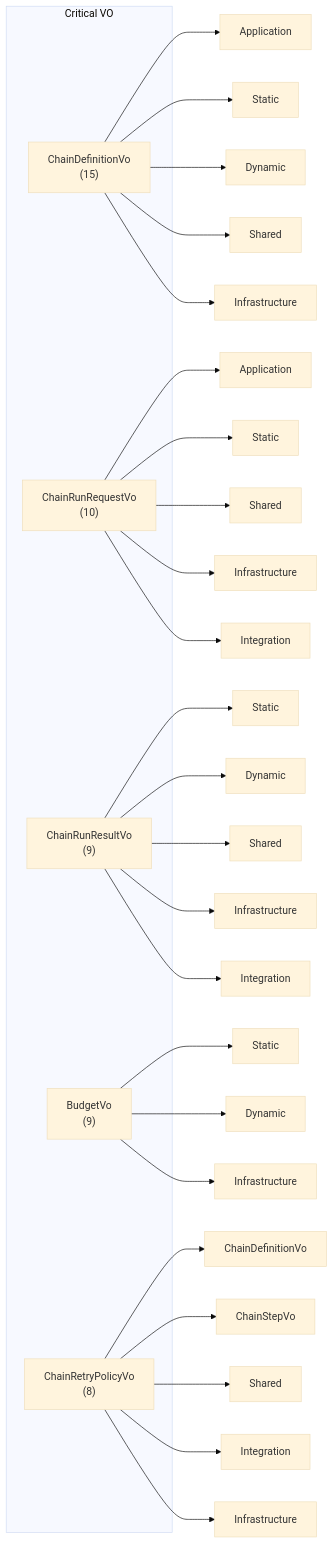
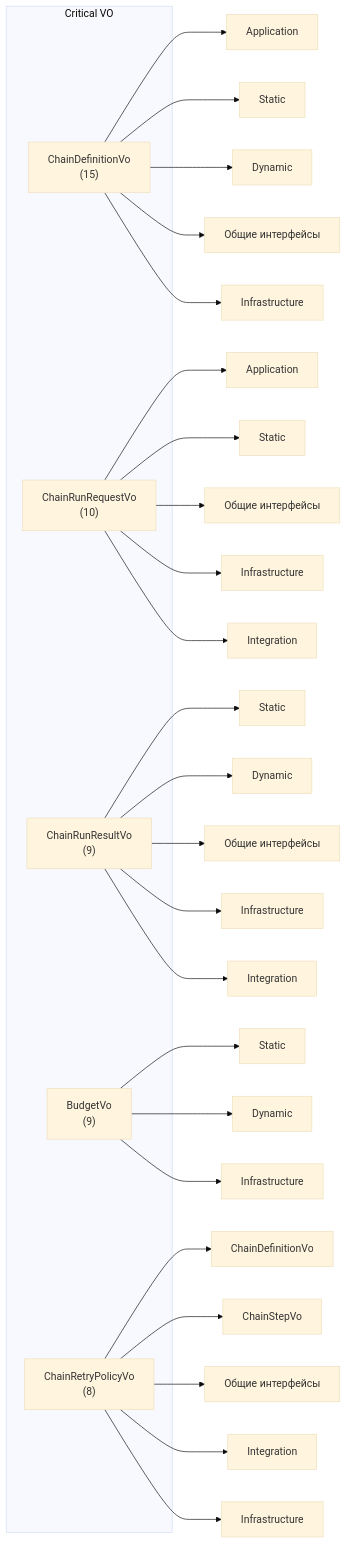
One commit to prikotov/task-orchestrator changed the second of 2 diagrams in docs/releases/domain-inventory-orchestrator.md. Above: the diagram before and after it, drawn with Mermaid (base theme). The commit also changed other lines of this file and 18 other files, not shown here.

````diff
--- a/docs/releases/domain-inventory-orchestrator.md
+++ b/docs/releases/domain-inventory-orchestrator.md
@@ -362,38 +362,38 @@
 ```mermaid
 graph LR
     subgraph Critical VO
         CD["ChainDefinitionVo<br/>(15)"]
         CRQ["ChainRunRequestVo<br/>(10)"]
         CRR["ChainRunResultVo<br/>(9)"]
         BV["BudgetVo<br/>(9)"]
         CRP["ChainRetryPolicyVo<br/>(8)"]
     end
 
     CD --> APP1["Application"]
     CD --> STATIC1["Static"]
     CD --> DYNAMIC1["Dynamic"]
-    CD --> SHARED1["Shared"]
+    CD --> X1["Общие интерфейсы"]
     CD --> INFRA1["Infrastructure"]
 
     CRQ --> APP2["Application"]
     CRQ --> STATIC2["Static"]
-    CRQ --> SHARED2["Shared"]
+    CRQ --> X2["Общие интерфейсы"]
     CRQ --> INFRA2["Infrastructure"]
     CRQ --> INT2["Integration"]
 
     CRR --> STATIC3["Static"]
     CRR --> DYNAMIC3["Dynamic"]
-    CRR --> SHARED3["Shared"]
+    CRR --> X3["Общие интерфейсы"]
     CRR --> INFRA3["Infrastructure"]
     CRR --> INT3["Integration"]
 
     BV --> STATIC4["Static"]
     BV --> DYNAMIC4["Dynamic"]
     BV --> INFRA4["Infrastructure"]
 
     CRP --> VO4["ChainDefinitionVo"]
     CRP --> VO5["ChainStepVo"]
-    CRP --> SHARED4["Shared"]
+    CRP --> X4["Общие интерфейсы"]
     CRP --> INT4["Integration"]
     CRP --> INFRA5["Infrastructure"]
 ```
````
